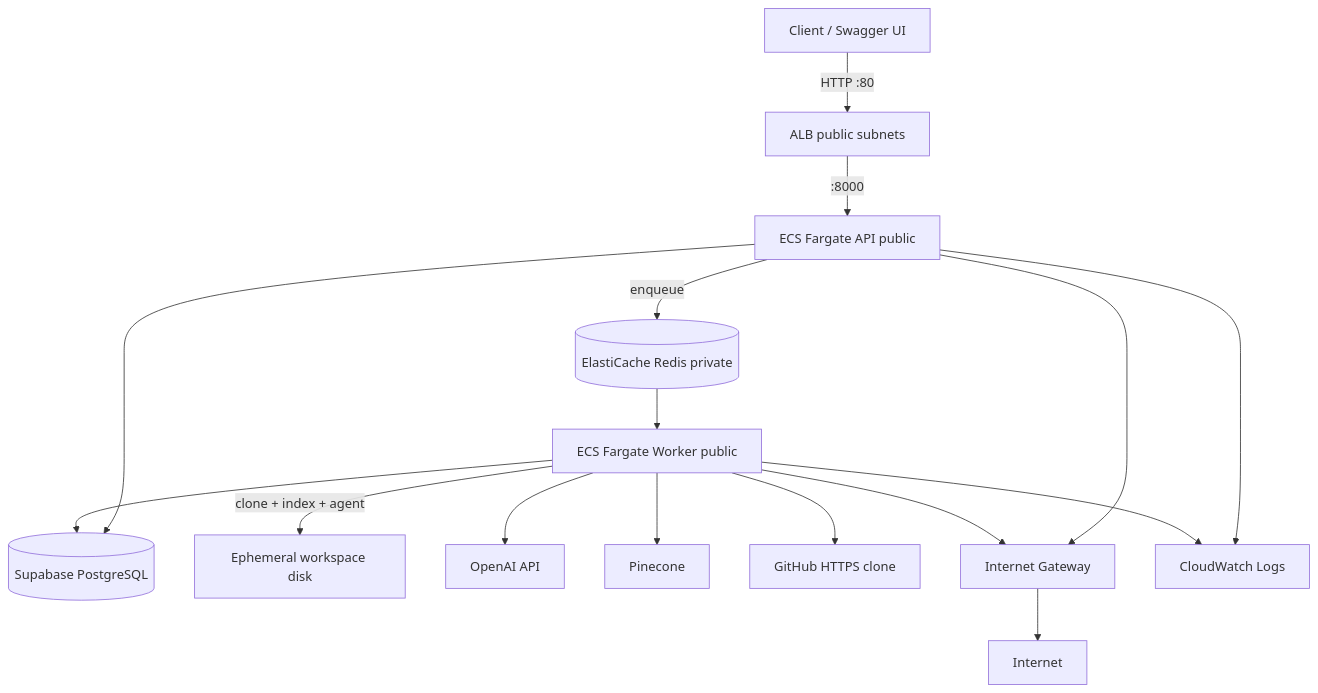
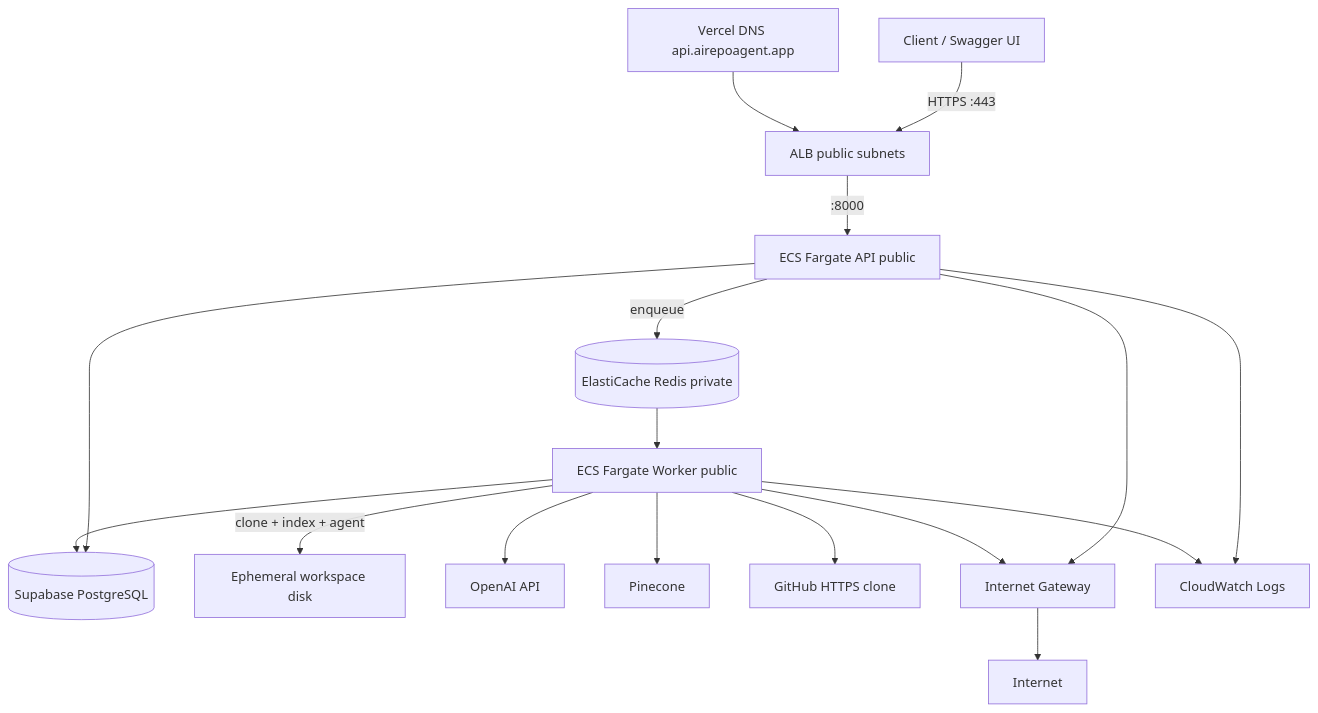
One commit to eli22443/ai-agent-platform changed the diagram in docs/deploy-track.md. Above: the diagram before and after it, drawn with Mermaid. The commit also changed other lines of this file and 6 other files, not shown here.

````diff
--- a/docs/deploy-track.md
+++ b/docs/deploy-track.md
@@ -41,18 +41,19 @@
 ```mermaid
 flowchart TD
-    Client["Client / Swagger UI"] -->|HTTP :80| ALB["ALB public subnets"]
+    Client["Client / Swagger UI"] -->|HTTPS :443| ALB["ALB public subnets"]
     ALB -->|:8000| API["ECS Fargate API public"]
     API -->|enqueue| Redis[("ElastiCache Redis private")]
     API --> Supabase[("Supabase PostgreSQL")]
     Redis --> Worker["ECS Fargate Worker public"]
     Worker -->|clone + index + agent| WS["Ephemeral workspace disk"]
     Worker --> Supabase
     Worker --> OpenAI["OpenAI API"]
     Worker --> Pinecone["Pinecone"]
     Worker --> GitHub["GitHub HTTPS clone"]
     API --> IGW["Internet Gateway"]
     Worker --> IGW
     IGW --> Internet["Internet"]
+    DNS["Vercel DNS api.airepoagent.app"] --> ALB
     API --> CW["CloudWatch Logs"]
     Worker --> CW
 ```
````
